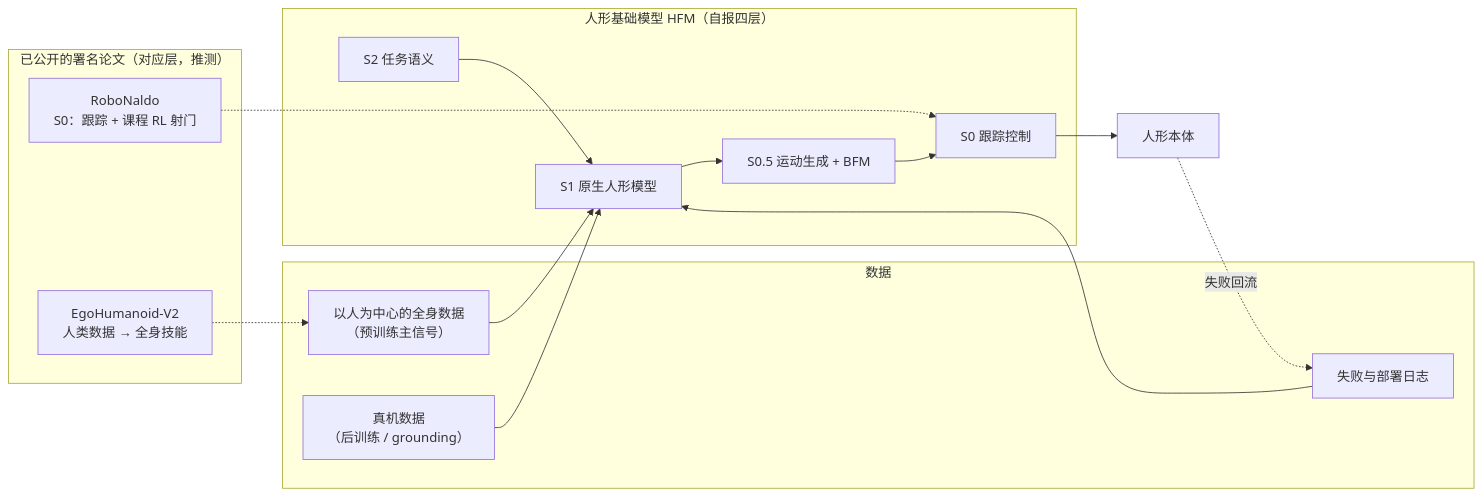
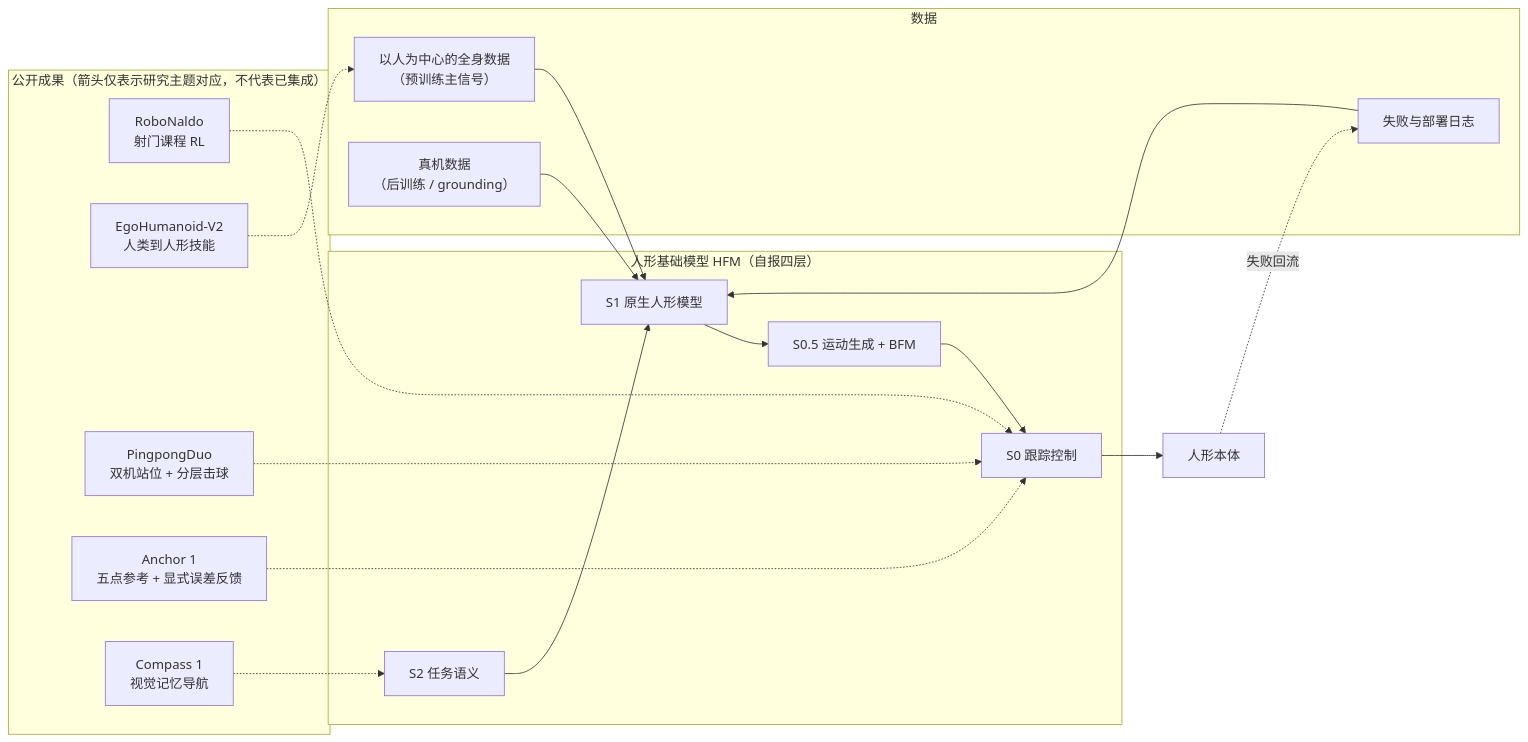
One commit to ImChong/Robotics_Notebooks changed the diagram in wiki/entities/archon-robotics.md. Above: the diagram before and after it, drawn with Mermaid. The commit also changed other lines of this file, not shown here.

````diff
--- a/wiki/entities/archon-robotics.md
+++ b/wiki/entities/archon-robotics.md
@@ -117,21 +134,27 @@
 ```mermaid
 flowchart LR
   subgraph DATA["数据"]
     HUM["以人为中心的全身数据<br/>（预训练主信号）"]
     ROB["真机数据<br/>（后训练 / grounding）"]
     FAIL["失败与部署日志"]
   end
   subgraph HFM["人形基础模型 HFM（自报四层）"]
     S2["S2 任务语义"] --> S1["S1 原生人形模型"] --> S05["S0.5 运动生成 + BFM"] --> S0["S0 跟踪控制"]
   end
   HUM --> S1
   ROB --> S1
   S0 --> BOT["人形本体"]
   BOT -. 失败回流 .-> FAIL --> S1
-  subgraph PAPERS["已公开的署名论文（对应层，推测）"]
-    RN["RoboNaldo<br/>S0：跟踪 + 课程 RL 射门"]
-    EH["EgoHumanoid-V2<br/>人类数据 → 全身技能"]
+  subgraph PAPERS["公开成果（箭头仅表示研究主题对应，不代表已集成）"]
+    RN["RoboNaldo<br/>射门课程 RL"]
+    EH["EgoHumanoid-V2<br/>人类到人形技能"]
+    PD["PingpongDuo<br/>双机站位 + 分层击球"]
+    AN["Anchor 1<br/>五点参考 + 显式误差反馈"]
+    CP["Compass 1<br/>视觉记忆导航"]
   end
   RN -.-> S0
   EH -.-> HUM
+  PD -.-> S0
+  AN -.-> S0
+  CP -.-> S2
 ```
````
